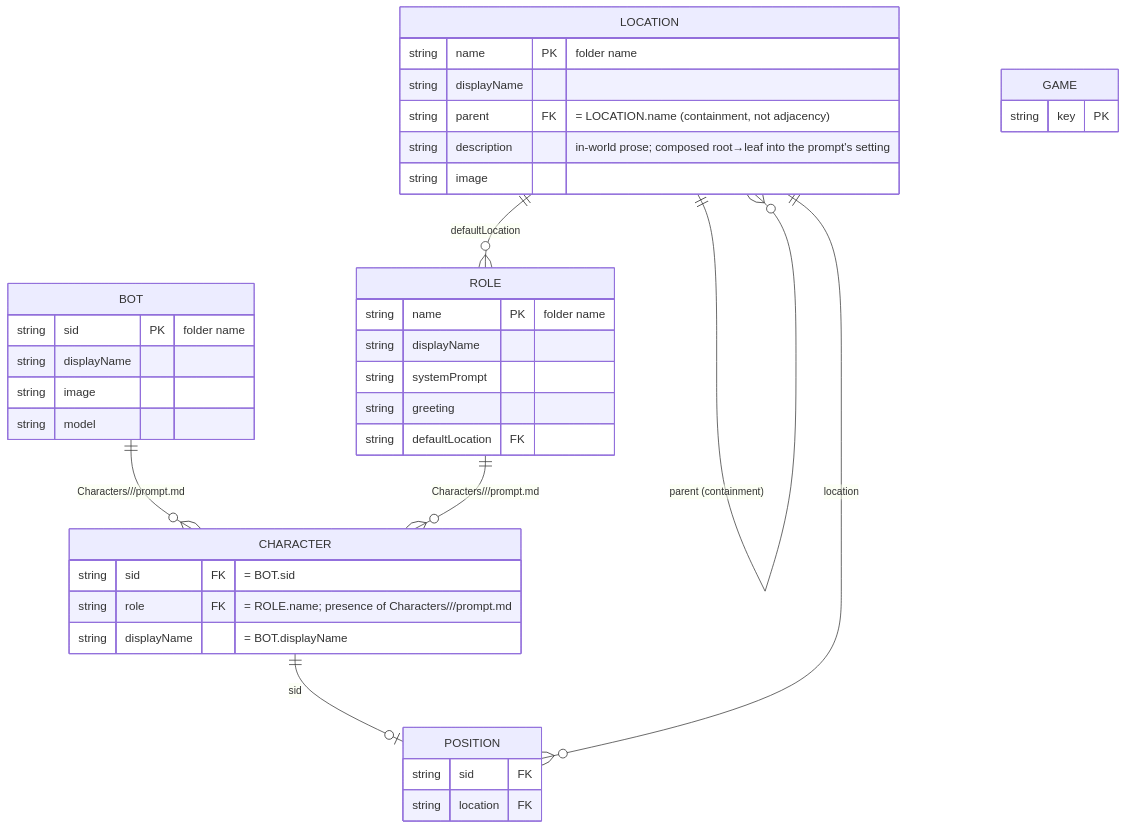
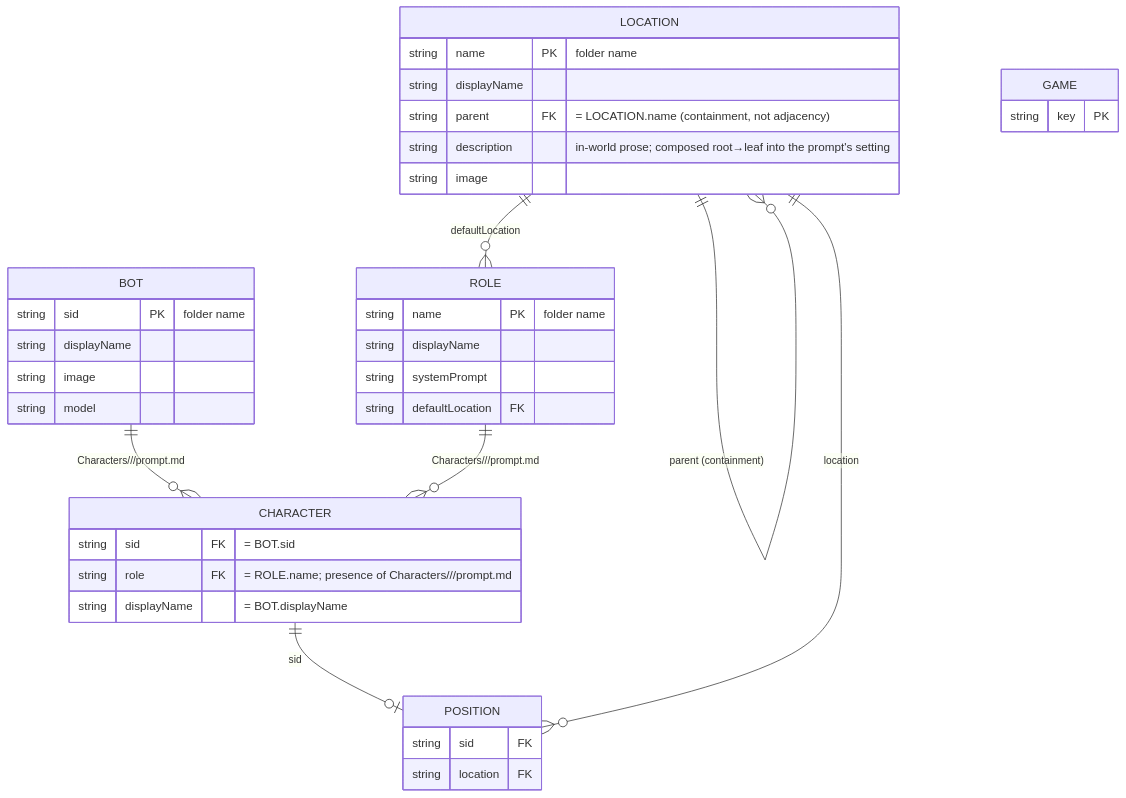
Before and after one commit to ProjectAtlantis-dev/atlantis-mcp-server: the diagram in python-server/dynamic_functions/Home/GAME.md, drawn with Mermaid. The commit also changed other lines of this file and 6 other files, not shown here.

````diff
--- a/python-server/dynamic_functions/Home/GAME.md
+++ b/python-server/dynamic_functions/Home/GAME.md
@@ -71,43 +71,42 @@
 ```mermaid
 erDiagram
     BOT {
         string sid PK "folder name"
         string displayName
         string image
         string model
     }
     LOCATION {
         string name PK "folder name"
         string displayName
         string parent FK "= LOCATION.name (containment, not adjacency)"
         string description "in-world prose; composed root→leaf into the prompt's setting"
         string image
     }
     GAME {
         string key PK
     }
     ROLE {
         string name PK "folder name"
         string displayName
         string systemPrompt
-        string greeting
         string defaultLocation FK
     }
     CHARACTER {
         string sid FK "= BOT.sid"
         string role FK "= ROLE.name; presence of Characters/<sid>/<Role>/prompt.md"
         string displayName "= BOT.displayName"
     }
     POSITION {
         string sid FK
         string location FK
     }
 
     LOCATION ||--o{ LOCATION : "connects to (adjacency)"
     LOCATION ||--o{ LOCATION : "parent (containment)"
     LOCATION ||--o{ ROLE : defaultLocation
     BOT ||--o{ CHARACTER : "Characters/<sid>/<Role>/prompt.md"
     ROLE ||--o{ CHARACTER : "Characters/<sid>/<Role>/prompt.md"
     CHARACTER ||--o| POSITION : sid
     LOCATION ||--o{ POSITION : location
 ```
````
